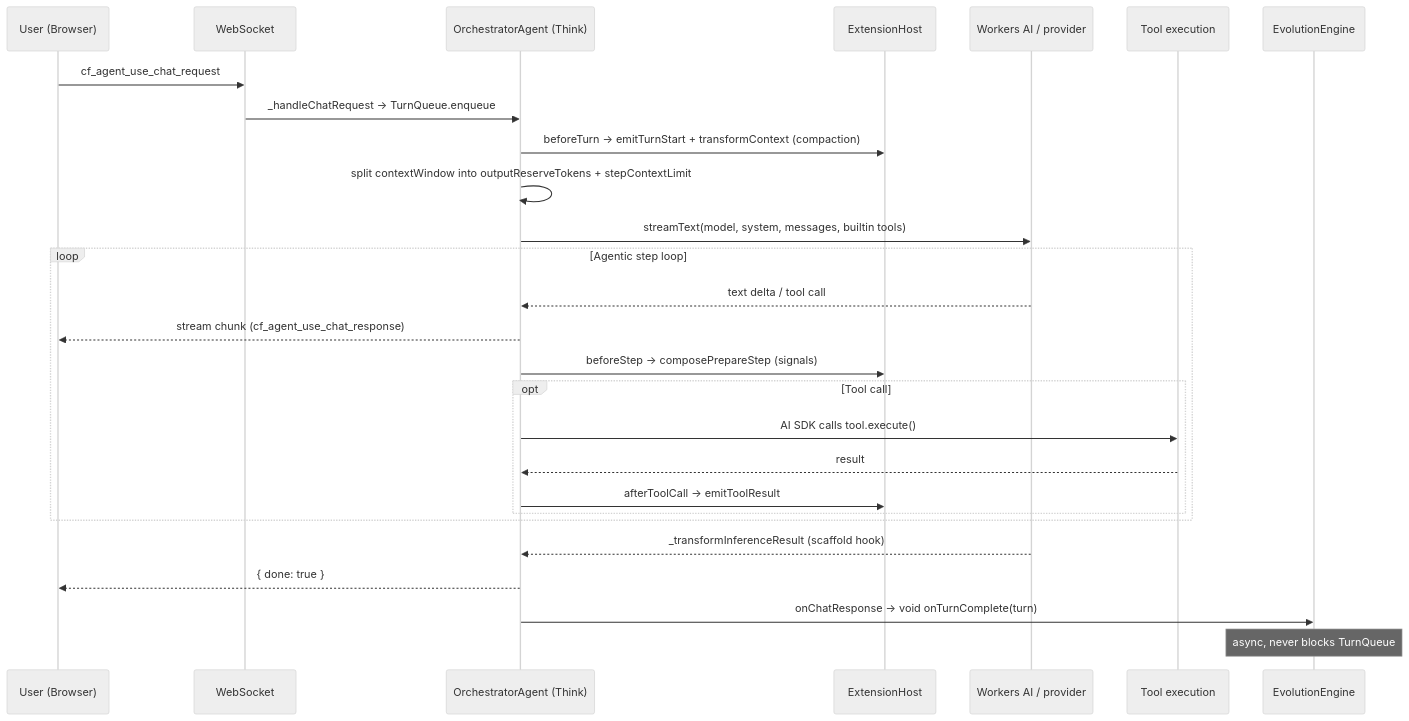
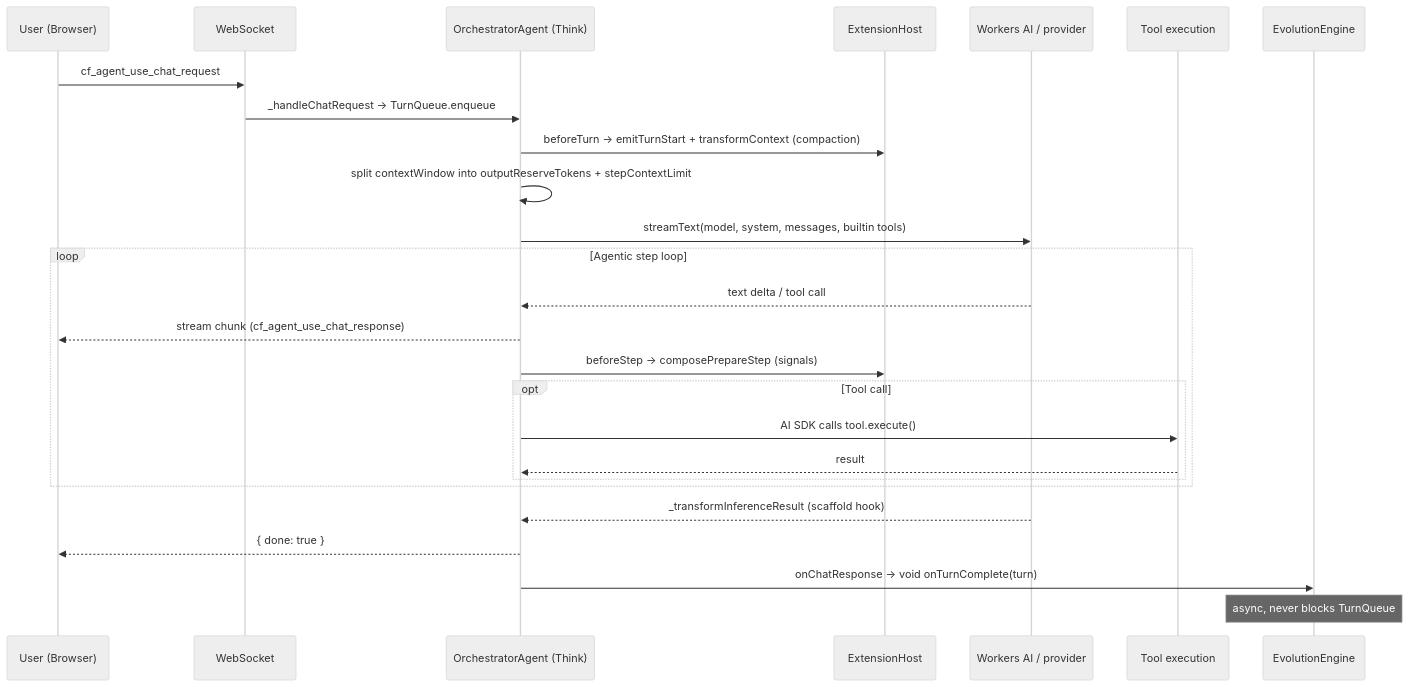
Before and after one commit to AshishKumar4/kinu: the fourth of 5 diagrams in docs/ARCHITECTURE.md, drawn with Mermaid (neutral theme). The commit also changed other lines of this file and 25 other files, not shown here.

````diff
--- a/docs/ARCHITECTURE.md
+++ b/docs/ARCHITECTURE.md
@@ -279,30 +280,29 @@
 ```mermaid
 sequenceDiagram
     participant U as User (Browser)
     participant WS as WebSocket
     participant T as OrchestratorAgent (Think)
     participant X as ExtensionHost
     participant LLM as Workers AI / provider
     participant Tools as Tool execution
     participant Evo as EvolutionEngine
 
     U->>WS: cf_agent_use_chat_request
     WS->>T: _handleChatRequest → TurnQueue.enqueue
     T->>X: beforeTurn → emitTurnStart + transformContext (compaction)
     T->>T: split contextWindow into outputReserveTokens + stepContextLimit
     T->>LLM: streamText(model, system, messages, builtin tools)
     loop Agentic step loop
         LLM-->>T: text delta / tool call
         T-->>U: stream chunk (cf_agent_use_chat_response)
         T->>X: beforeStep → composePrepareStep (signals)
         opt Tool call
             T->>Tools: AI SDK calls tool.execute()
             Tools-->>T: result
-            T->>X: afterToolCall → emitToolResult
         end
     end
     LLM-->>T: _transformInferenceResult (scaffold hook)
     T-->>U: { done: true }
     T->>Evo: onChatResponse → void onTurnComplete(turn)
     Note over Evo: async, never blocks TurnQueue
 ```
````
